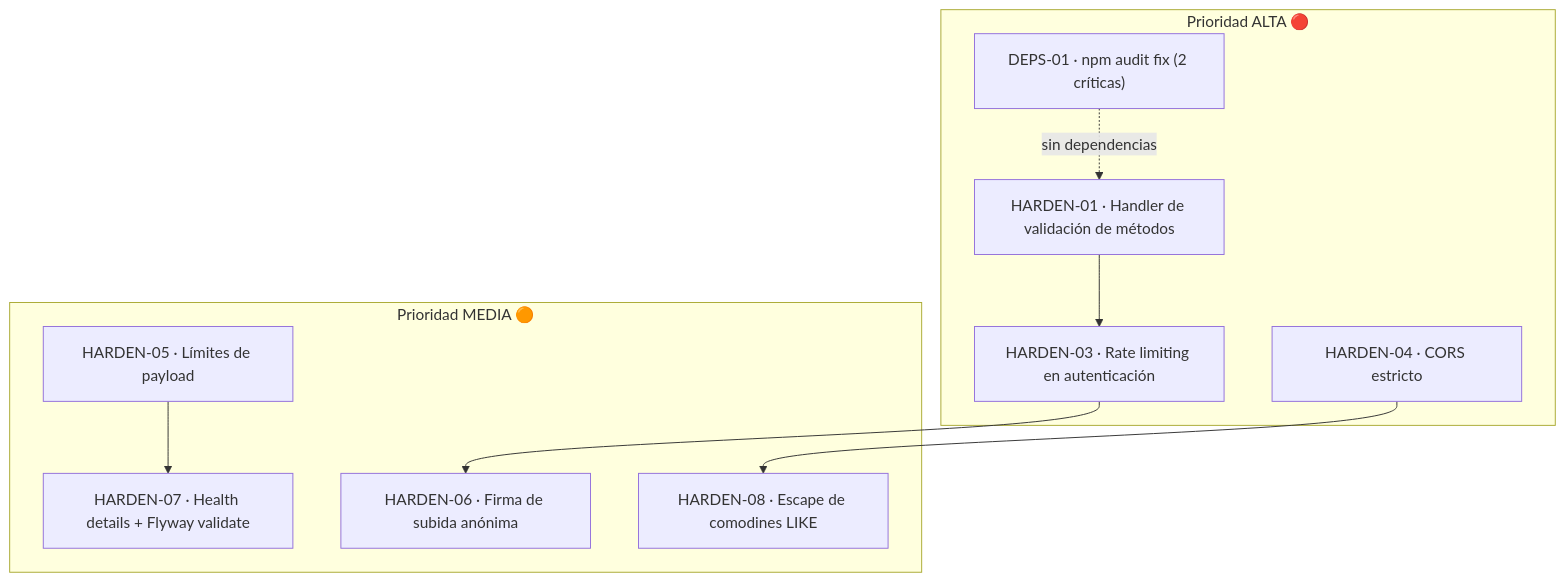
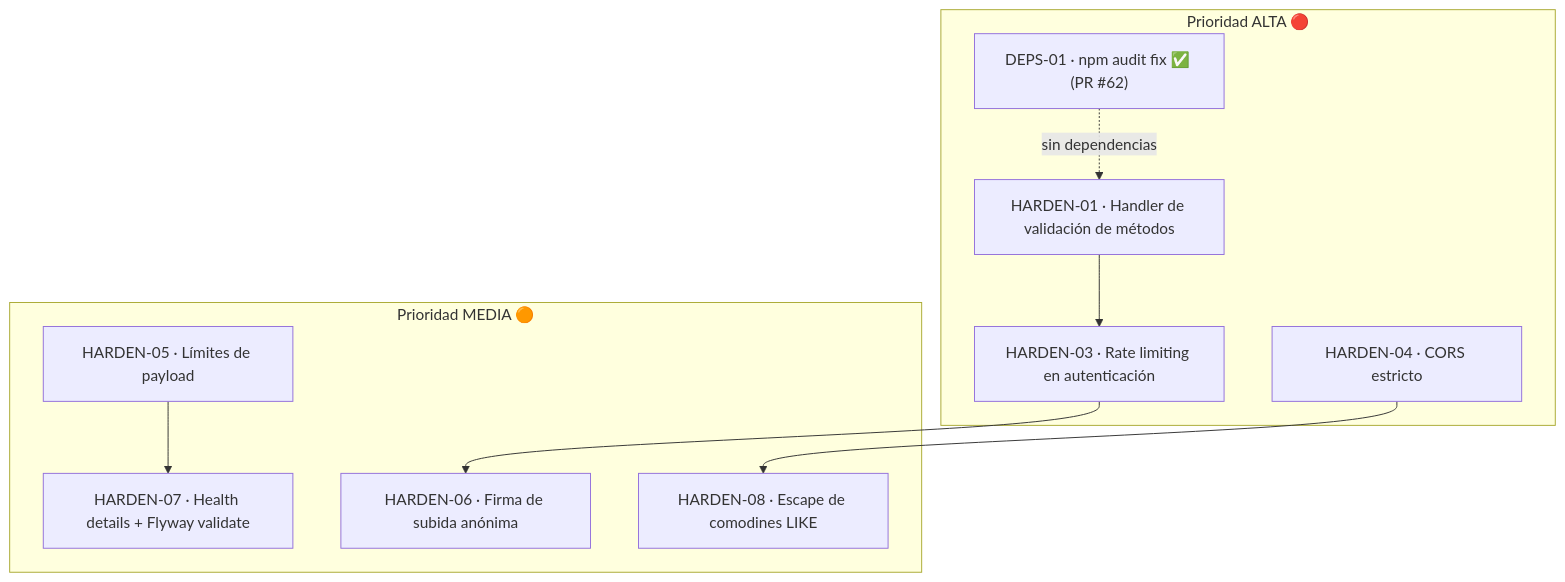
The diagram in docs/06-scrum/backlog-harden-seguridad.md (iJosueeh/jaldishop), drawn with Mermaid before and after one commit. The commit also changed other lines of this file, not shown here.

First line of the commit message:
docs(scrum): marcar DEPS-01 como completado (PR #62) y sincronizar rama con main

````diff
--- a/docs/06-scrum/backlog-harden-seguridad.md
+++ b/docs/06-scrum/backlog-harden-seguridad.md
@@ -31,23 +31,23 @@
 ```mermaid
 flowchart TD
     subgraph ALTA["Prioridad ALTA 🔴"]
         H01["HARDEN-01 · Handler de validación de métodos"]
-        DEPS["DEPS-01 · npm audit fix (2 críticas)"]
+        DEPS["DEPS-01 · npm audit fix ✅ (PR #62)"]
         H03["HARDEN-03 · Rate limiting en autenticación"]
         H04["HARDEN-04 · CORS estricto"]
     end
 
     subgraph MEDIA["Prioridad MEDIA 🟠"]
         H05["HARDEN-05 · Límites de payload"]
         H07["HARDEN-07 · Health details + Flyway validate"]
         H06["HARDEN-06 · Firma de subida anónima"]
         H08["HARDEN-08 · Escape de comodines LIKE"]
     end
 
     H01 --> H03
     H03 --> H06
     H05 --> H07
     H04 --> H08
 
     DEPS -. sin dependencias .-> H01
 ```
````
